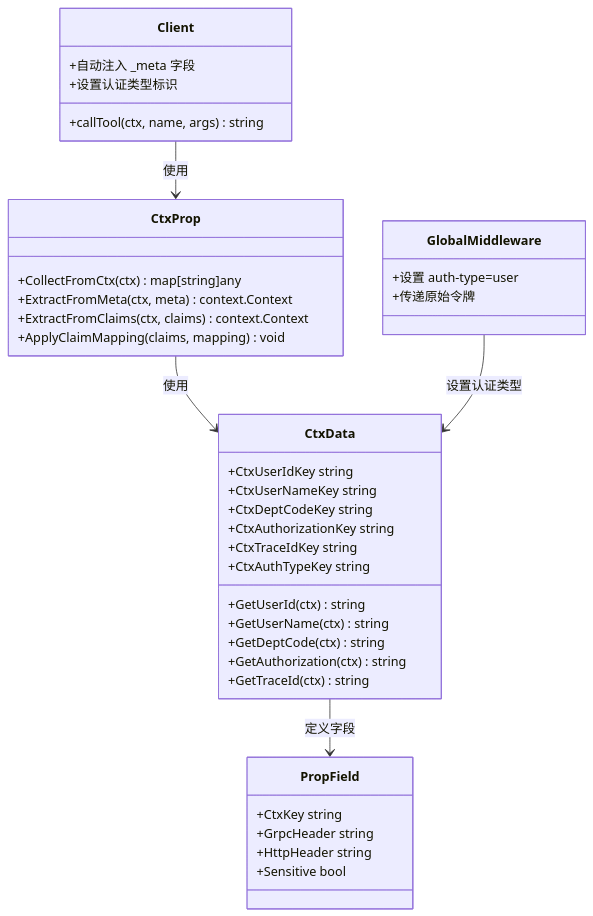
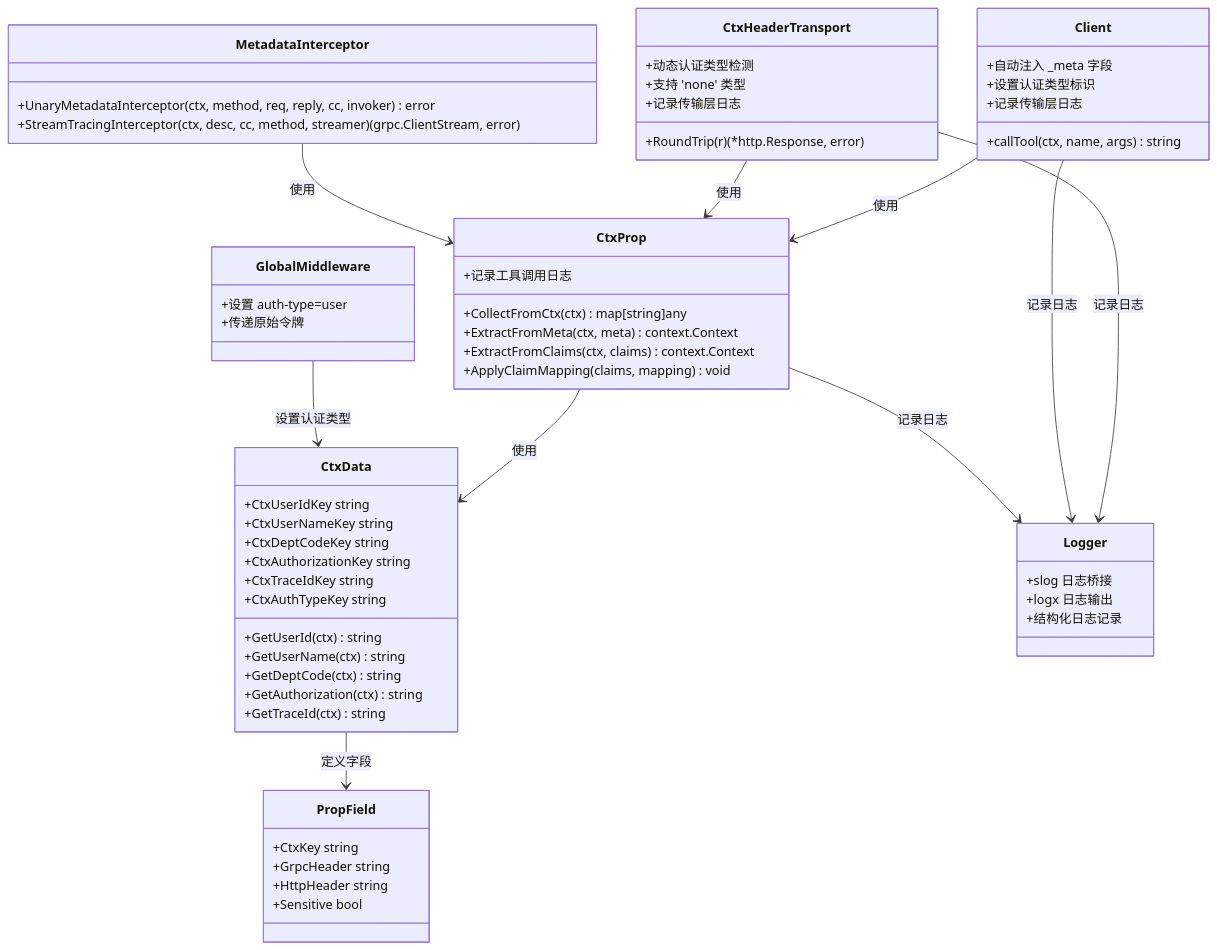
One commit to maomao94/zero-service changed the eighth of 9 diagrams in .qoder/repowiki/zh/content/Mcpx Authentication System.md. Above: the diagram before and after it, drawn with Mermaid. The commit also changed other lines of this file and 25 other files, not shown here.

````diff
--- a/.qoder/repowiki/zh/content/Mcpx Authentication System.md
+++ b/.qoder/repowiki/zh/content/Mcpx Authentication System.md
@@ -298,41 +413,63 @@
 ```mermaid
 classDiagram
 class CtxProp {
 +CollectFromCtx(ctx) map[string]any
 +ExtractFromMeta(ctx, meta) context.Context
 +ExtractFromClaims(ctx, claims) context.Context
 +ApplyClaimMapping(claims, mapping) void
++记录工具调用日志
 }
 class CtxData {
 +CtxUserIdKey string
 +CtxUserNameKey string
 +CtxDeptCodeKey string
 +CtxAuthorizationKey string
 +CtxTraceIdKey string
 +CtxAuthTypeKey string
 +GetUserId(ctx) string
 +GetUserName(ctx) string
 +GetDeptCode(ctx) string
 +GetAuthorization(ctx) string
 +GetTraceId(ctx) string
 }
 class PropField {
 +CtxKey string
 +GrpcHeader string
 +HttpHeader string
 +Sensitive bool
 }
 class Client {
 +callTool(ctx, name, args) string
 +自动注入 _meta 字段
 +设置认证类型标识
++记录传输层日志
 }
 class GlobalMiddleware {
 +设置 auth-type=user
 +传递原始令牌
 }
+class CtxHeaderTransport {
++RoundTrip(r) (*http.Response, error)
++动态认证类型检测
++支持 'none' 类型
++记录传输层日志
+}
+class Logger {
++slog 日志桥接
++logx 日志输出
++结构化日志记录
+}
+class MetadataInterceptor {
++UnaryMetadataInterceptor(ctx, method, req, reply, cc, invoker) error
++StreamTracingInterceptor(ctx, desc, cc, method, streamer) (grpc.ClientStream, error)
+}
 CtxProp --> CtxData : 使用
 CtxData --> PropField : 定义字段
 Client --> CtxProp : 使用
 GlobalMiddleware --> CtxData : 设置认证类型
+CtxHeaderTransport --> CtxProp : 使用
+CtxHeaderTransport --> Logger : 记录日志
+Client --> Logger : 记录日志
+CtxProp --> Logger : 记录日志
+MetadataInterceptor --> CtxProp : 使用
 ```
````
